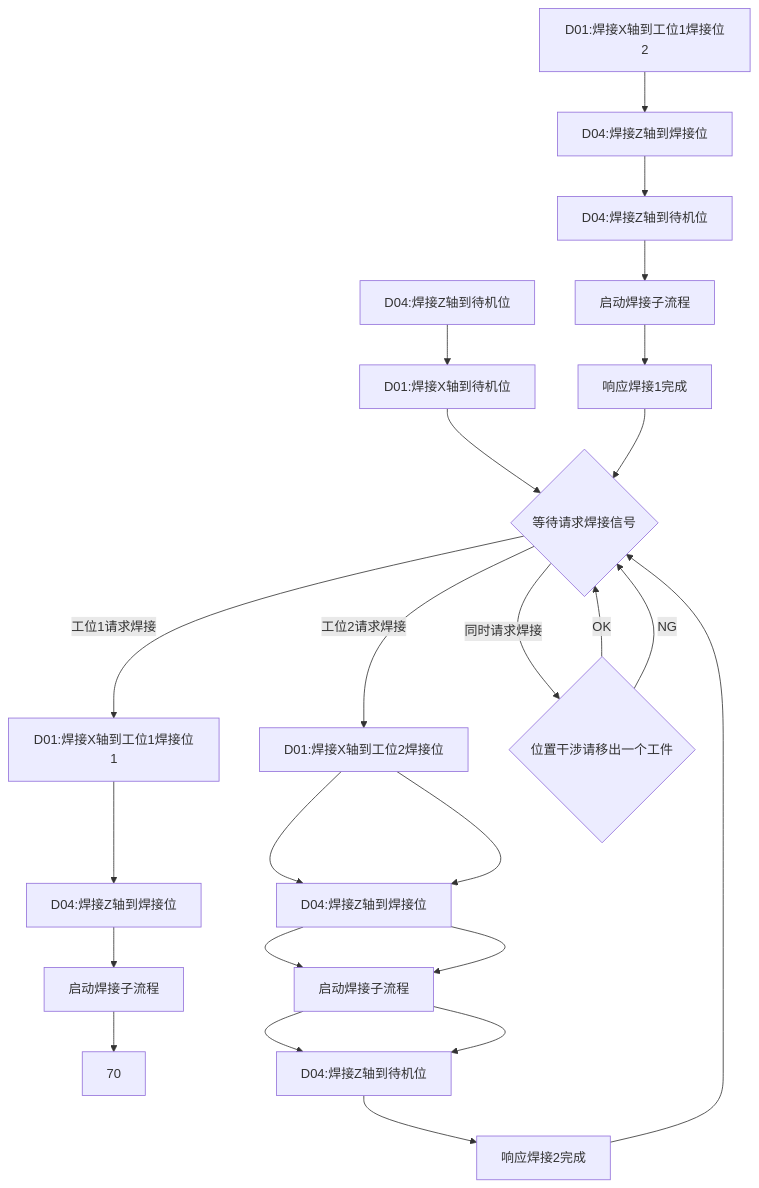
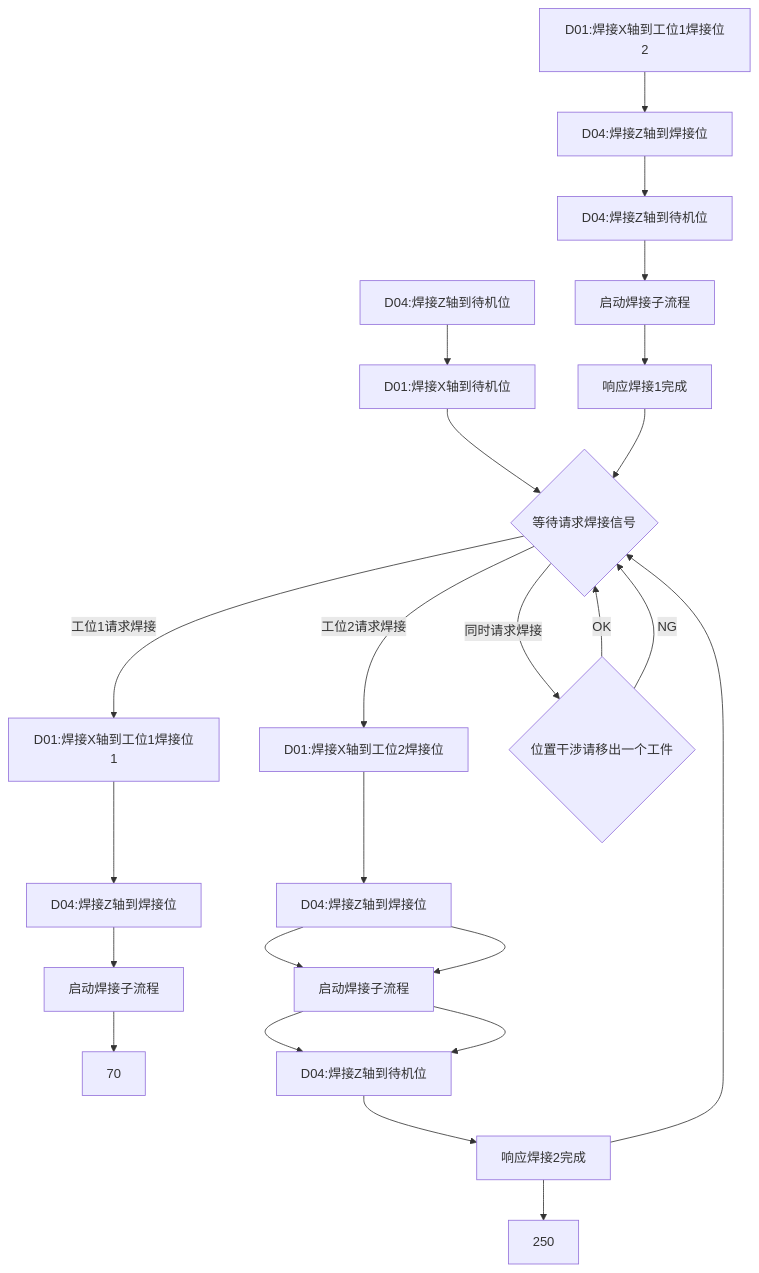
One commit to PengKun1/iodraw-files changed the diagram in all/OP20-1焊接工位自动流程.md. Above: the diagram before and after it, drawn with Mermaid.

Commit message:
2024-08-07 14:11:28 update

````diff
--- a/all/OP20-1焊接工位自动流程.md
+++ b/all/OP20-1焊接工位自动流程.md
@@ -1,26 +1,26 @@
 ```mermaid
 graph TD
 10[D04:焊接Z轴到待机位]-->20
 20[D01:焊接X轴到待机位]-->30
 30{等待请求焊接信号}-->|工位1请求焊接|40
 30-->|工位2请求焊接|200
 30-->|同时请求焊接|900
 40[D01:焊接X轴到工位1焊接位1]-->50
 50[D04:焊接Z轴到焊接位]-->60
 60[启动焊接子流程]-->70
 80[D01:焊接X轴到工位1焊接位2]-->90
 90[D04:焊接Z轴到焊接位]-->100
 100[D04:焊接Z轴到待机位]-->110
 110[启动焊接子流程]-->120
 120[响应焊接1完成]-->30
 200[D01:焊接X轴到工位2焊接位]-->210
 210[D04:焊接Z轴到焊接位]-->220
 220[启动焊接子流程]-->230
-200[D01:焊接X轴到工位2焊接位]-->210
+240[D01:焊接X轴到工位2焊接位]-->250
 210[D04:焊接Z轴到焊接位]-->220
 220[启动焊接子流程]-->230
 230[D04:焊接Z轴到待机位]-->240
 240[响应焊接2完成]-->30
 900{位置干涉请移出一个工件}-->|OK|30
 900-->|NG|30
 ```
````
